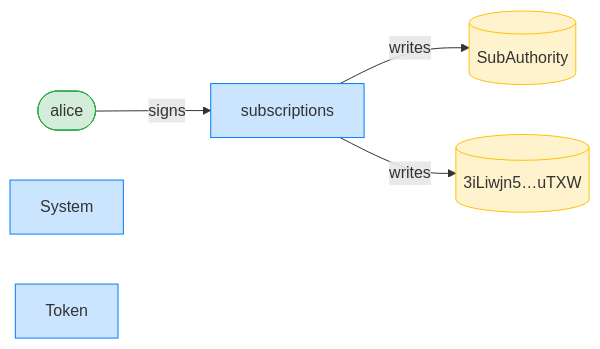
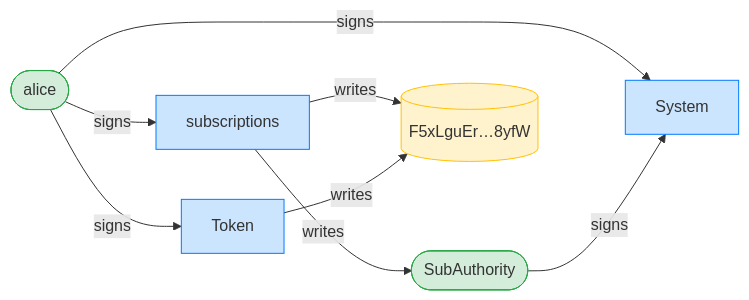
One commit to cds-rs/subscriptions changed the third of 12 diagrams in dsl_tests/create-a-fixed-delegation-with-a-sponsor.md. Above: the diagram before and after it, drawn with Mermaid. The commit also changed other lines of this file and 224 other files, not shown here.

````diff
--- a/dsl_tests/create-a-fixed-delegation-with-a-sponsor.md
+++ b/dsl_tests/create-a-fixed-delegation-with-a-sponsor.md
@@ -53,15 +54,19 @@
 ```mermaid
 flowchart LR
     classDef signer fill:#d4edda,stroke:#28a745;
     classDef program fill:#cce5ff,stroke:#007bff;
     classDef writable fill:#fff3cd,stroke:#ffc107;
     subscriptions[subscriptions]:::program
     alice([alice]):::signer
-    SubAuthority[(SubAuthority)]:::writable
-    3iLiwjn5_uTXW[("3iLiwjn5…uTXW")]:::writable
+    SubAuthority([SubAuthority]):::signer
+    F5xLguEr_8yfW[("F5xLguEr…8yfW")]:::writable
     System[System]:::program
     Token[Token]:::program
     alice -->|signs| subscriptions
+    alice -->|signs| System
+    SubAuthority -->|signs| System
+    alice -->|signs| Token
     subscriptions -->|writes| SubAuthority
-    subscriptions -->|writes| 3iLiwjn5_uTXW
+    subscriptions -->|writes| F5xLguEr_8yfW
+    Token -->|writes| F5xLguEr_8yfW
 ```
````
